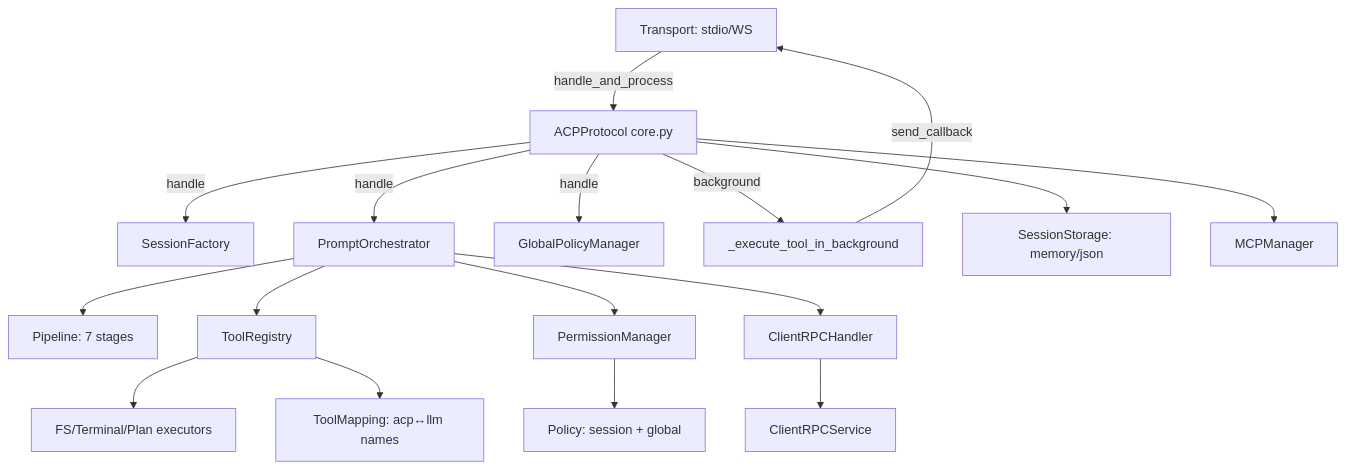
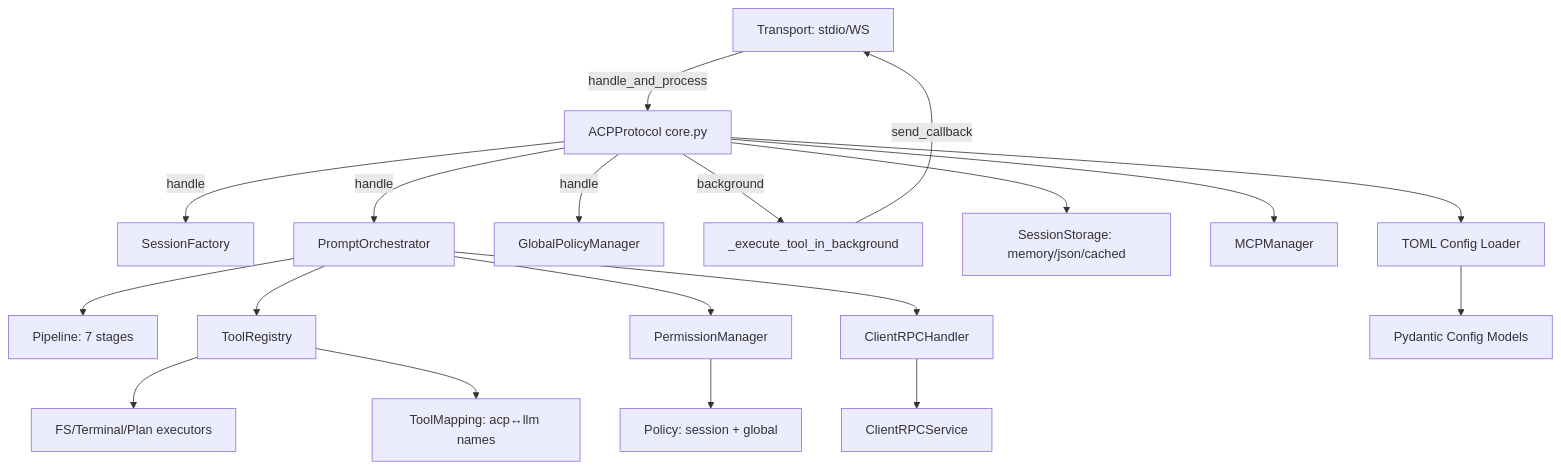
Before and after one commit to pese-git/codelab-agent: the second of 5 diagrams in doc/architecture/ACP_IMPLEMENTATION_VERIFICATION.md, drawn with Mermaid. The commit also changed other lines of this file, not shown here.

Commit message:
docs: актуализировать ACP_IMPLEMENTATION_VERIFICATION — TOML config, метрики, resolved gaps

````diff
--- a/doc/architecture/ACP_IMPLEMENTATION_VERIFICATION.md
+++ b/doc/architecture/ACP_IMPLEMENTATION_VERIFICATION.md
@@ -470,19 +485,21 @@
 ```mermaid
 graph TB
     A[Transport: stdio/WS] -->|handle_and_process| B[ACPProtocol core.py]
     B -->|handle| C[SessionFactory]
     B -->|handle| D[PromptOrchestrator]
     B -->|handle| E[GlobalPolicyManager]
     B -->|background| F[_execute_tool_in_background]
     F -->|send_callback| A
     D --> G[Pipeline: 7 stages]
     D --> H[ToolRegistry]
     D --> I[PermissionManager]
     D --> J[ClientRPCHandler]
     H --> K[FS/Terminal/Plan executors]
     H --> L[ToolMapping: acp↔llm names]
     I --> M[Policy: session + global]
     J --> N[ClientRPCService]
-    B --> O[SessionStorage: memory/json]
+    B --> O[SessionStorage: memory/json/cached]
     B --> P[MCPManager]
+    B --> Q[TOML Config Loader]
+    Q --> R[Pydantic Config Models]
 ```
````
